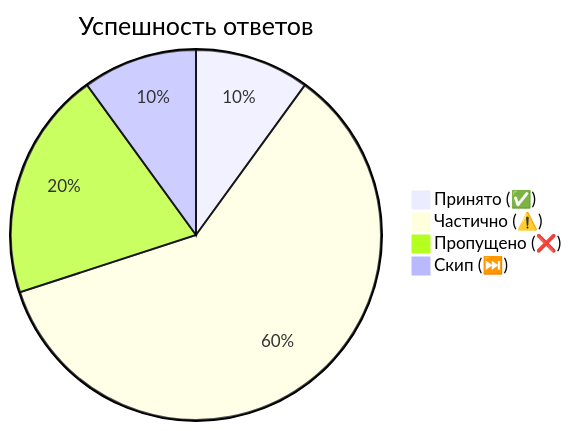
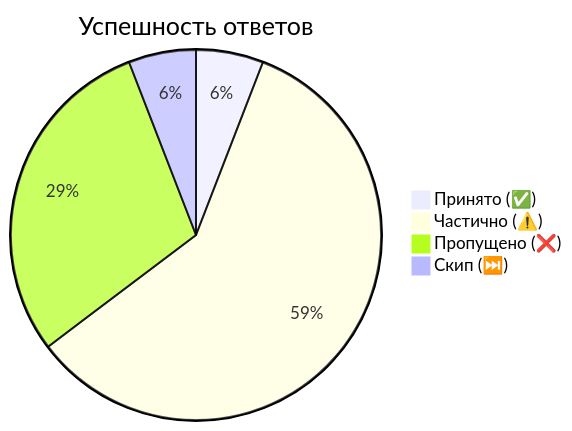
One commit to loymeding/ml-interview-vault changed the diagram in Classic Machine Learning/📊 Аналитика/📈 Дашборд.md. Above: the diagram before and after it, drawn with Mermaid. The commit also changed other lines of this file and 58 other files, not shown here.

````diff
--- a/Classic Machine Learning/📊 Аналитика/📈 Дашборд.md
+++ b/Classic Machine Learning/📊 Аналитика/📈 Дашборд.md
@@ -17,7 +17,7 @@
 ```mermaid
 pie title Успешность ответов
     "Принято (✅)" : 1
-    "Частично (⚠️)" : 6
-    "Пропущено (❌)" : 2
+    "Частично (⚠️)" : 10
+    "Пропущено (❌)" : 5
     "Скип (⏭️)" : 1
 ```
````
